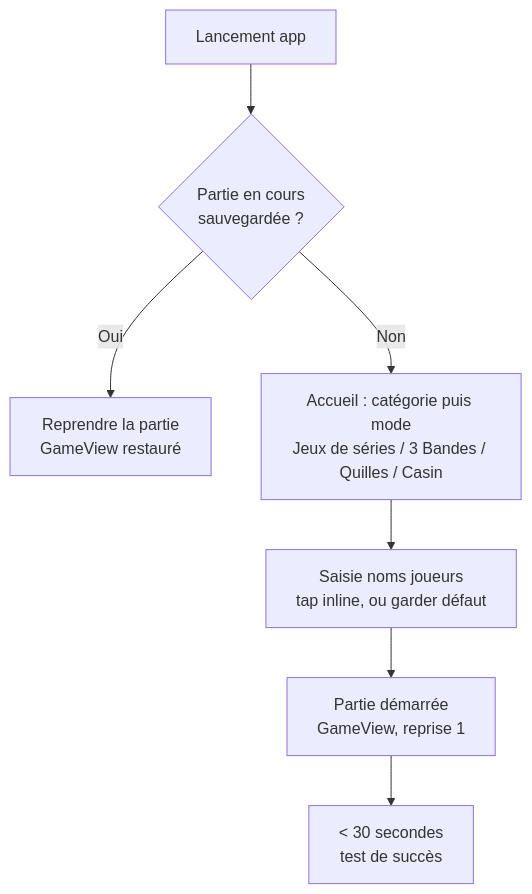
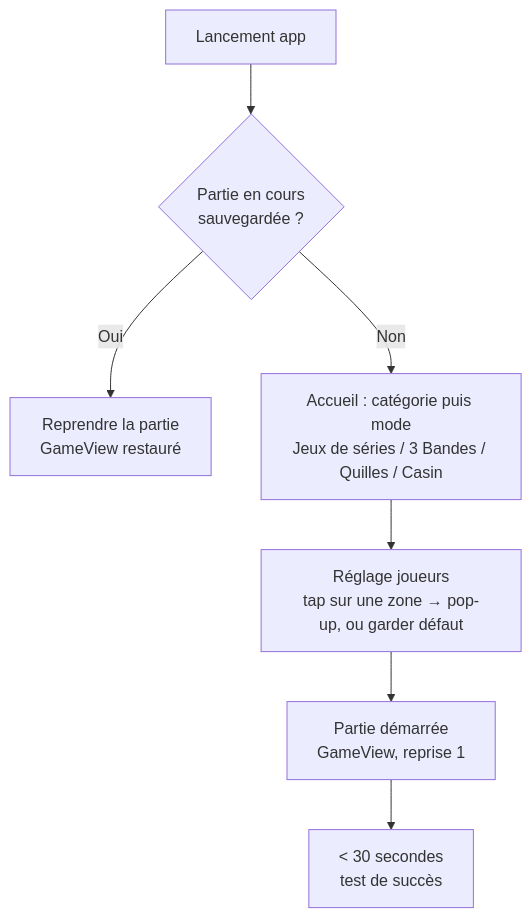
Before and after one commit to nlegendree/carom_scoreboard: the first of 3 diagrams in _bmad-output/planning-artifacts/ux-design-specification.md, drawn with Mermaid. The commit also changed other lines of this file and 23 other files, not shown here.

````diff
--- a/_bmad-output/planning-artifacts/ux-design-specification.md
+++ b/_bmad-output/planning-artifacts/ux-design-specification.md
@@ -278,9 +282,9 @@
 ```mermaid
 flowchart TD
     A[Lancement app] --> B{Partie en cours\nsauvegardée ?}
     B -- Oui --> C[Reprendre la partie\nGameView restauré]
     B -- Non --> D[Accueil : catégorie puis mode\nJeux de séries / 3 Bandes / Quilles / Casin]
-    D --> E[Saisie noms joueurs\ntap inline, ou garder défaut]
+    D --> E[Réglage joueurs\ntap sur une zone → pop-up, ou garder défaut]
     E --> F[Partie démarrée\nGameView, reprise 1]
     F --> G[< 30 secondes\ntest de succès]
 ```
````
